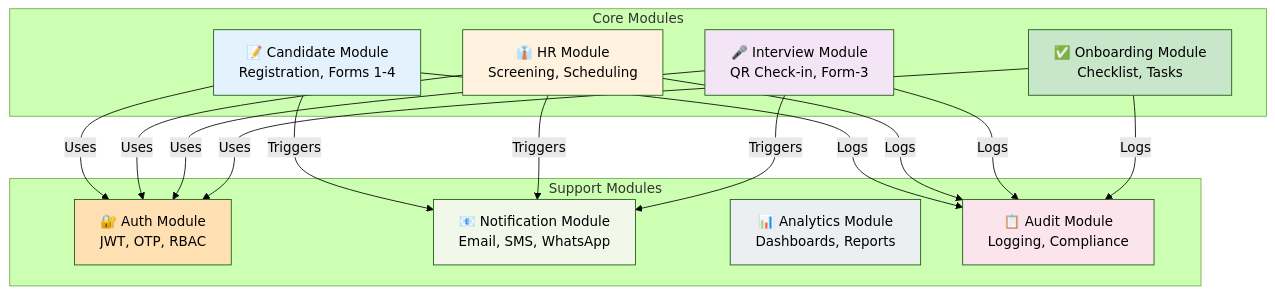
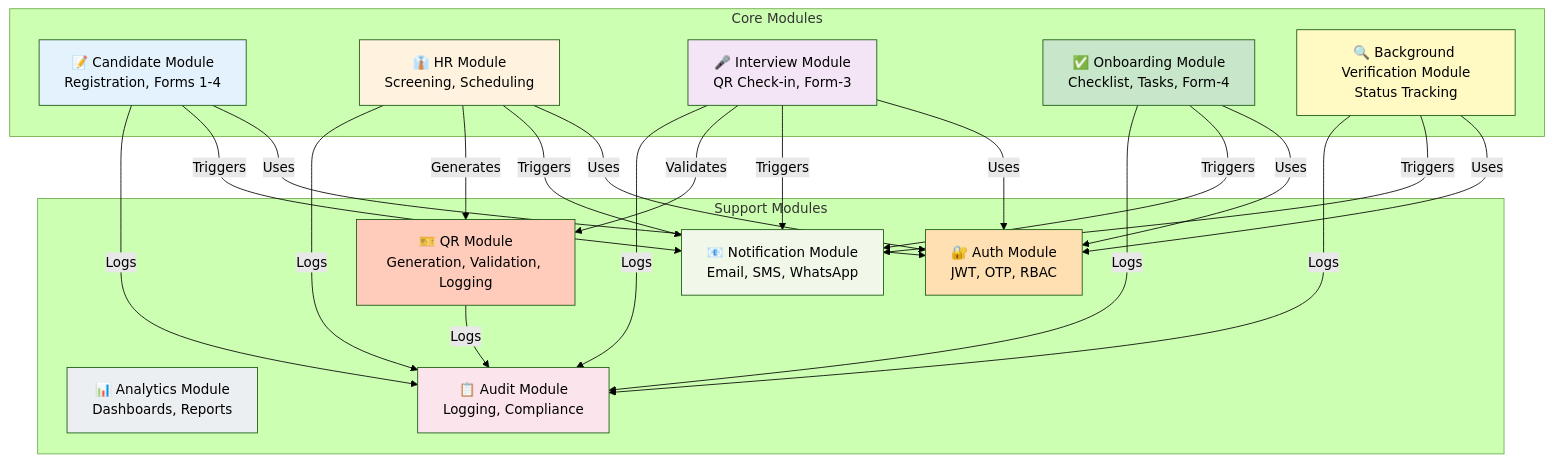
Before and after one commit to md-sahil-analyst22/test: the eighth of 15 diagrams in HR_Onboarding_Agent.md, drawn with Mermaid (forest theme). The commit also changed other lines of this file, not shown here.

````diff
--- a/HR_Onboarding_Agent.md
+++ b/HR_Onboarding_Agent.md
@@ -476,39 +540,51 @@
 ```mermaid
 graph TB
     subgraph "Core Modules"
         CM["📝 Candidate Module<br/>Registration, Forms 1-4"]
         HM["👔 HR Module<br/>Screening, Scheduling"]
         IM["🎤 Interview Module<br/>QR Check-in, Form-3"]
-        OM["✅ Onboarding Module<br/>Checklist, Tasks"]
+        OM["✅ Onboarding Module<br/>Checklist, Tasks, Form-4"]
+        BVM["🔍 Background Verification Module<br/>Status Tracking"]
     end
     
     subgraph "Support Modules"
         AUTH["🔐 Auth Module<br/>JWT, OTP, RBAC"]
+        QRM["🎫 QR Module<br/>Generation, Validation, Logging"]
         NOTIF["📧 Notification Module<br/>Email, SMS, WhatsApp"]
         ANALYTICS["📊 Analytics Module<br/>Dashboards, Reports"]
         AUDIT["📋 Audit Module<br/>Logging, Compliance"]
     end
     
     CM -->|Uses| AUTH
     HM -->|Uses| AUTH
     IM -->|Uses| AUTH
     OM -->|Uses| AUTH
+    BVM -->|Uses| AUTH
     
     CM -->|Triggers| NOTIF
     HM -->|Triggers| NOTIF
     IM -->|Triggers| NOTIF
+    BVM -->|Triggers| NOTIF
+    OM -->|Triggers| NOTIF
+    
+    HM -->|Generates| QRM
+    IM -->|Validates| QRM
     
     CM -->|Logs| AUDIT
     HM -->|Logs| AUDIT
     IM -->|Logs| AUDIT
+    BVM -->|Logs| AUDIT
     OM -->|Logs| AUDIT
+    QRM -->|Logs| AUDIT
     
     style CM fill:#e3f2fd
     style HM fill:#fff3e0
     style IM fill:#f3e5f5
     style OM fill:#c8e6c9
+    style BVM fill:#fff9c4
     style AUTH fill:#ffe0b2
+    style QRM fill:#ffccbc
     style NOTIF fill:#f1f8e9
     style ANALYTICS fill:#eceff1
     style AUDIT fill:#fce4ec
 ```
````
